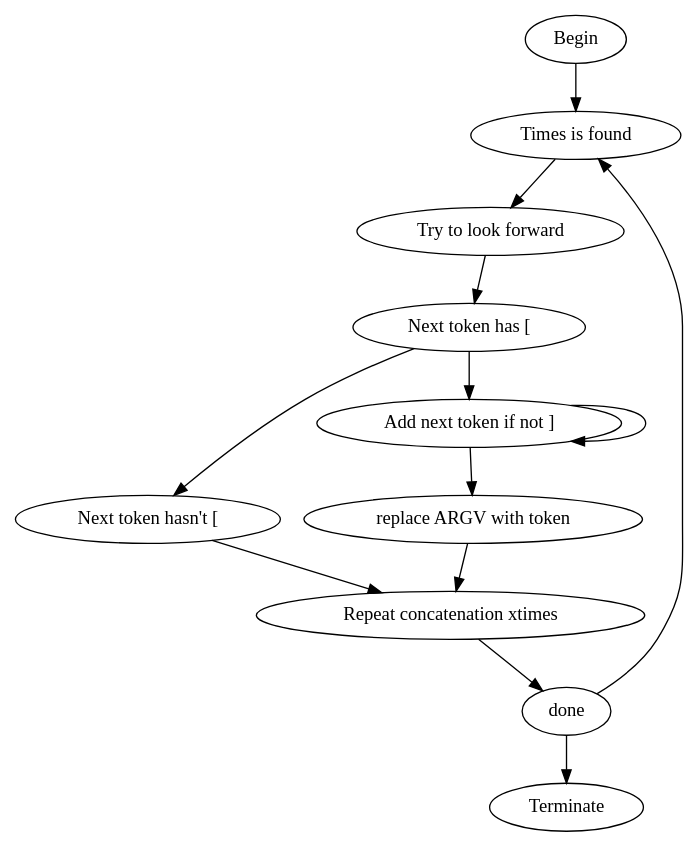
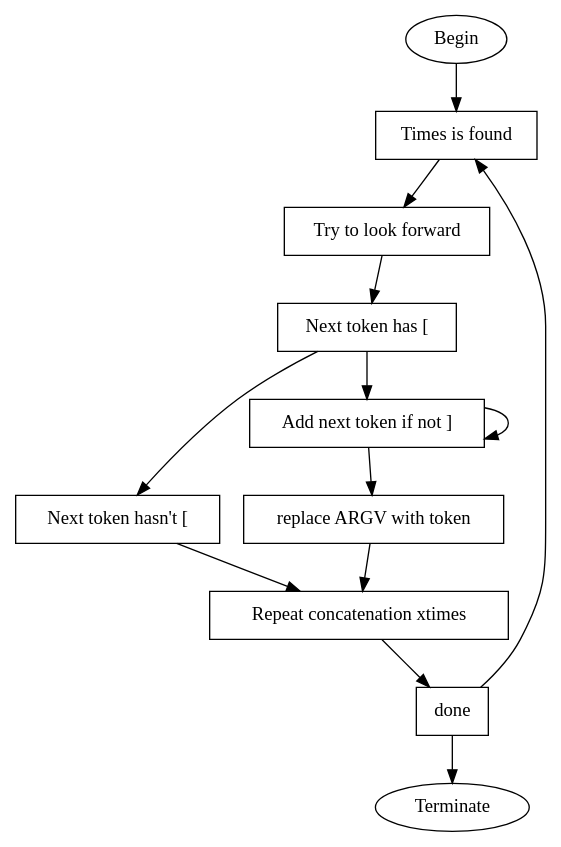
Before and after one commit to psyomn/ren: the diagram in design/timesalg.dot, drawn with Graphviz. The commit also changed 2 other files, not shown here.

```diff
--- a/design/timesalg.dot
+++ b/design/timesalg.dot
@@ -1,25 +1,25 @@
 digraph hierarchy {
 	Begin
-	1 [label="Times is found"] 
-	2 [label="Try to look forward"] 
-	3 [label="Next token has ["] 
-	4 [label="Next token hasn't ["] 
-	5 [label="Repeat concatenation xtimes"] 
-	6 [label="done"]
+	1 [shape=rectangle label="Times is found"] 
+	2 [shape=rectangle label="Try to look forward"] 
+	3 [shape=rectangle label="Next token has ["] 
+	4 [shape=rectangle label="Next token hasn't ["] 
+	5 [shape=rectangle label="Repeat concatenation xtimes"] 
+	6 [shape=rectangle label="done"]
 	Terminate
-	A [label="Add next token if not ]"] 
-	B [label="replace ARGV with token"] 
+	A [shape=rectangle label="Add next token if not ]"] 
+	B [shape=rectangle label="replace ARGV with token"] 
 
 	Begin->1
 	1->2
 	2->3
 	3->4
 	4->5
 	5->6
 	6->1
 	6->Terminate
 	3->A
 	A->A
 	A->B
 	B->5
 }
```
